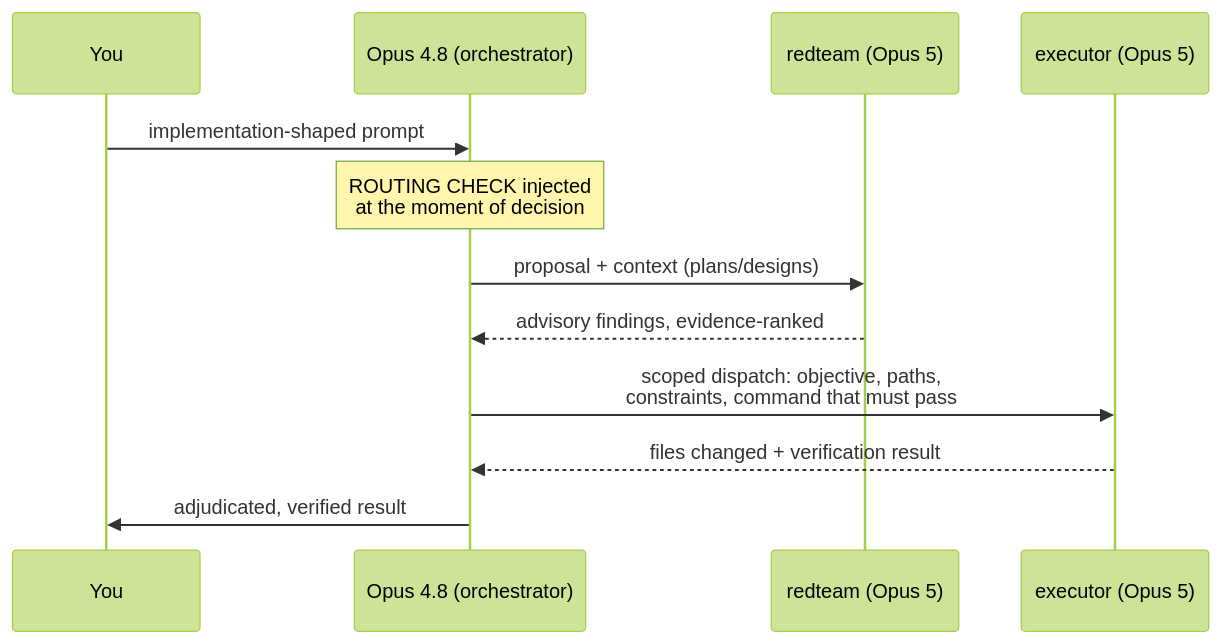
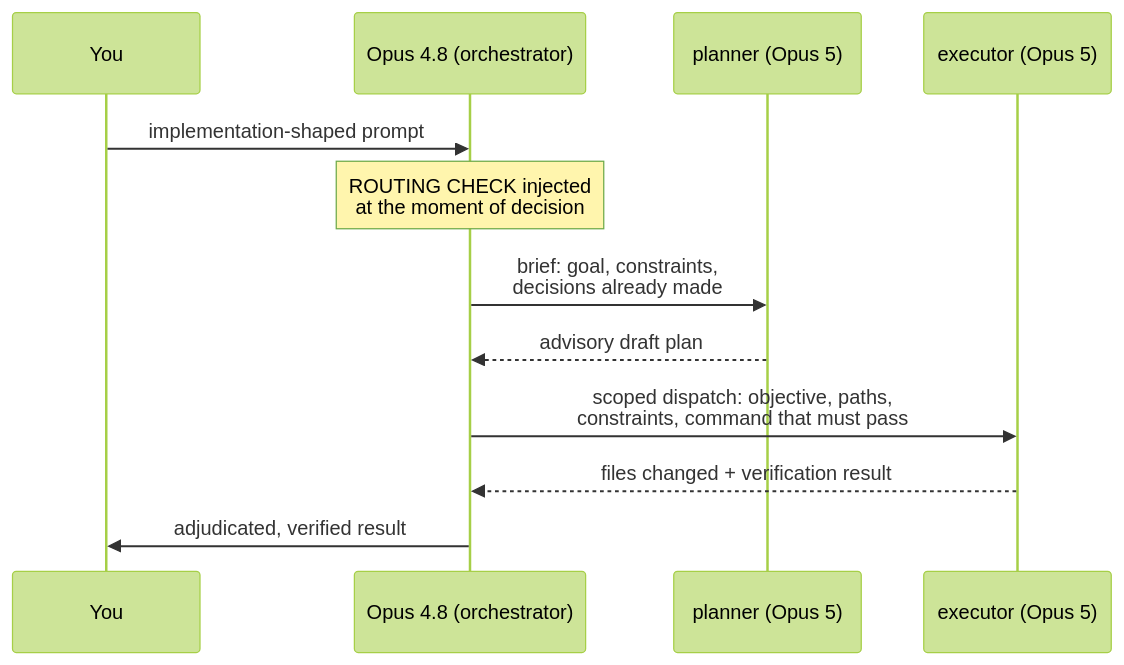
Before and after one commit to TigerGTC/opus-rail: the diagram in README.md, drawn with Mermaid (forest theme). The commit also changed other lines of this file and 7 other files, not shown here.

First line of the commit message:
feat: planner lane, self-sufficient briefs, on-demand redteam, plus mode

````diff
--- a/README.md
+++ b/README.md
@@ -37,14 +43,14 @@
 ```mermaid
 sequenceDiagram
     participant U as You
     participant O as Opus 4.8 (orchestrator)
-    participant R as redteam (Opus 5)
+    participant P as planner (Opus 5)
     participant E as executor (Opus 5)
     U->>O: implementation-shaped prompt
     Note over O: ROUTING CHECK injected<br/>at the moment of decision
-    O->>R: proposal + context (plans/designs)
-    R-->>O: advisory findings, evidence-ranked
+    O->>P: brief: goal, constraints,<br/>decisions already made
+    P-->>O: advisory draft plan
     O->>E: scoped dispatch: objective, paths,<br/>constraints, command that must pass
     E-->>O: files changed + verification result
     O->>U: adjudicated, verified result
 ```
````
